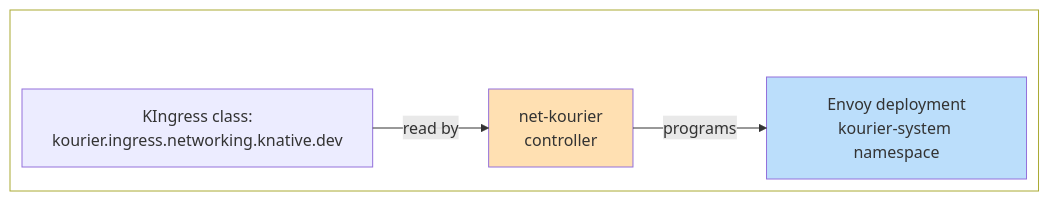
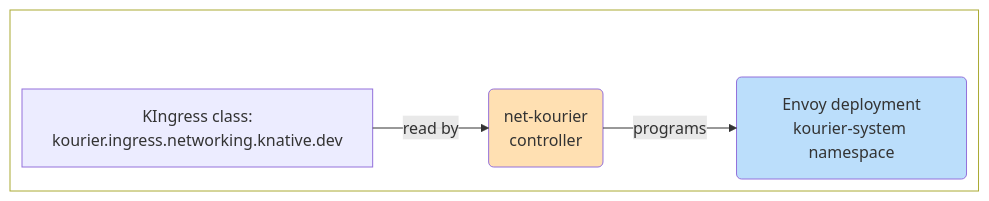
Before and after one commit to knative/docs: the second of 8 diagrams in docs/versioned/serving/config-network-adapters.md, drawn with Mermaid. The commit also changed other lines of this file and 1 other file, not shown here.

````diff
--- a/docs/versioned/serving/config-network-adapters.md
+++ b/docs/versioned/serving/config-network-adapters.md
@@ -42,20 +45,20 @@
     ```mermaid
     ---
     config:
       layout: elk
       theme: default
     ---
     flowchart LR
      subgraph bottom[" "]
         direction LR
-            envoy["Envoy deployment<br>kourier-system namespace"]
-            kourier["net-kourier<br>controller"]
+            envoy("Envoy deployment<br>kourier-system namespace")
+            kourier("net-kourier<br>controller")
             kingress2["KIngress class:<br>kourier.ingress.networking.knative.dev"]
       end
         kingress2 -- read by --> kourier
         kourier -- programs --> envoy
     
         style envoy fill:#BBDEFB
         style kourier fill:#FFE0B2
         style bottom fill:transparent
     ```
````
